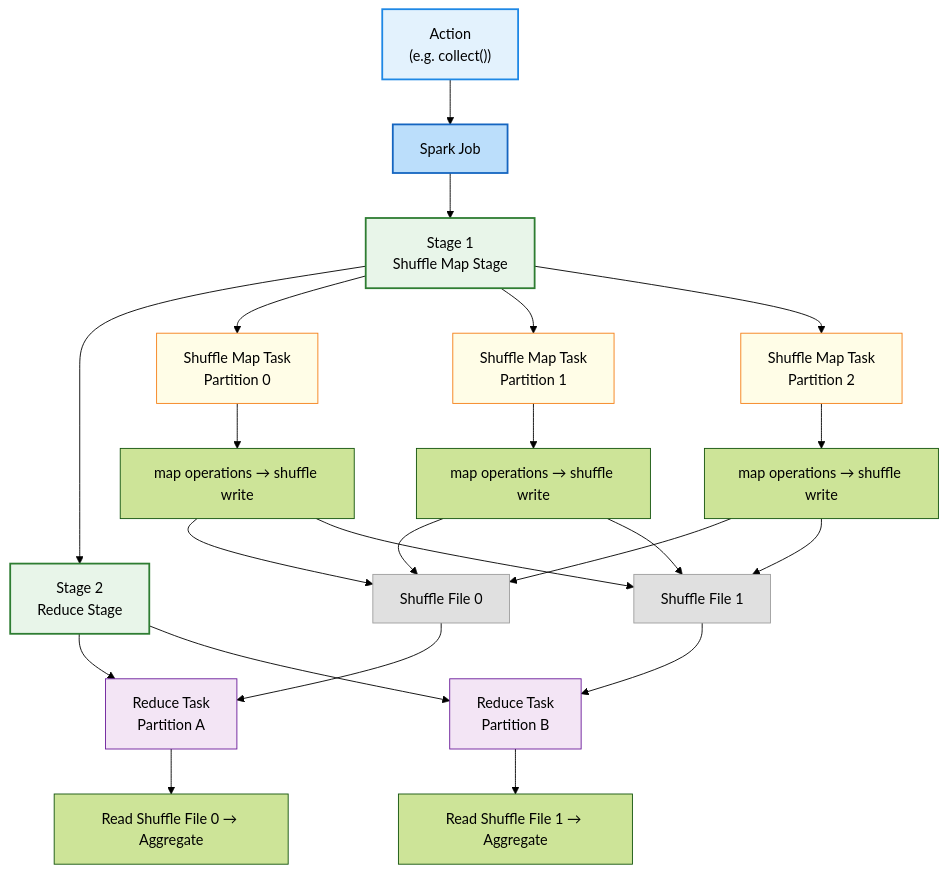
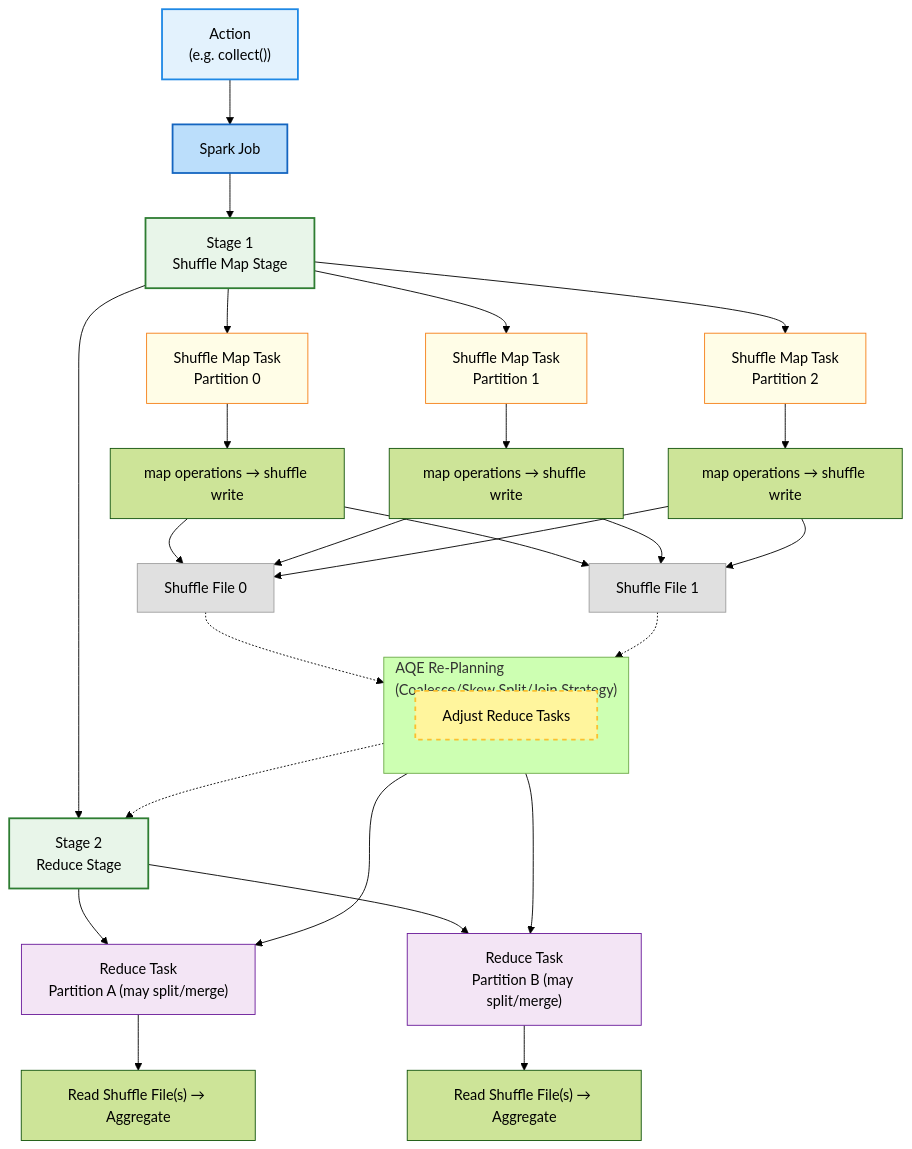
The second of 9 diagrams in README.md (blaire101/Spark-Journey-2025), drawn with Mermaid (forest theme) before and after one commit.

````diff
--- a/README.md
+++ b/README.md
@@ -73,58 +73,68 @@
 ```mermaid
 flowchart TD
     %% Action & Job
     A["Action<br>(e.g. collect())"]
     A --> Job["Spark Job"]
 
     %% Stages
     Job --> Stage1["Stage 1<br>Shuffle Map Stage"]
     Stage1 --> Stage2["Stage 2<br>Reduce Stage"]
 
     %% Stage1 Tasks (3 input partitions)
     Stage1 --> T1["Shuffle Map Task<br>Partition 0"]
     Stage1 --> T2["Shuffle Map Task<br>Partition 1"]
     Stage1 --> T3["Shuffle Map Task<br>Partition 2"]
 
-    %% Task 内部 pipeline (map + shuffle write, 作为 Task 内部说明)
+    %% Task 内部 pipeline (map + shuffle write)
     T1 --> M1["map operations → shuffle write"]
     T2 --> M2["map operations → shuffle write"]
     T3 --> M3["map operations → shuffle write"]
 
-    %% Shuffle 文件 (改为浅灰色)
+    %% Shuffle 文件 (浅灰色)
     M1 --> SF0["Shuffle File 0"]
     M1 --> SF1["Shuffle File 1"]
     M2 --> SF0
     M2 --> SF1
     M3 --> SF0
     M3 --> SF1
 
-    %% Stage2 Reduce Tasks
-    SF0 --> T4["Reduce Task<br>Partition A"]
-    SF1 --> T5["Reduce Task<br>Partition B"]
+    %% AQE 节点 (黄色虚线框，Stage2 reduce task 调整)
+    subgraph AQE["AQE Re-Planning<br>(Coalesce/Skew Split/Join Strategy)"]
+        direction TB
+        AQE_T["Adjust Reduce Tasks"]
+    end
+    SF0 -.-> AQE
+    SF1 -.-> AQE
+    AQE -.-> Stage2
+
+    %% Stage2 Reduce Tasks (调整后)
+    AQE --> T4["Reduce Task<br>Partition A (may split/merge)"]
+    AQE --> T5["Reduce Task<br>Partition B (may split/merge)"]
 
     %% Reduce task pipeline (说明节点，无色)
-    T4 --> R1["Read Shuffle File 0 → Aggregate"]
-    T5 --> R2["Read Shuffle File 1 → Aggregate"]
+    T4 --> R1["Read Shuffle File(s) → Aggregate"]
+    T5 --> R2["Read Shuffle File(s) → Aggregate"]
 
     Stage2 --> T4
     Stage2 --> T5
 
     %% Stage颜色
     style Stage1 fill:#e8f5e9,stroke:#2e7d32,stroke-width:2px
     style Stage2 fill:#e8f5e9,stroke:#2e7d32,stroke-width:2px
 
     %% Task颜色
     style T1 fill:#fffde7,stroke:#f57f17
     style T2 fill:#fffde7,stroke:#f57f17
     style T3 fill:#fffde7,stroke:#f57f17
     style T4 fill:#f3e5f5,stroke:#6a1b9a
     style T5 fill:#f3e5f5,stroke:#6a1b9a
+    style AQE_T fill:#fff59d,stroke:#fbc02d,stroke-dasharray:5 5,stroke-width:2px
 
-    %% Shuffle 文件颜色 (浅灰色)
+    %% Shuffle 文件颜色
     style SF0 fill:#e0e0e0,stroke:#9e9e9e
     style SF1 fill:#e0e0e0,stroke:#9e9e9e
 
     %% Action & Job 颜色
     style A fill:#e3f2fd,stroke:#1e88e5,stroke-width:2px
     style Job fill:#bbdefb,stroke:#1565c0,stroke-width:2px
 ```
````
